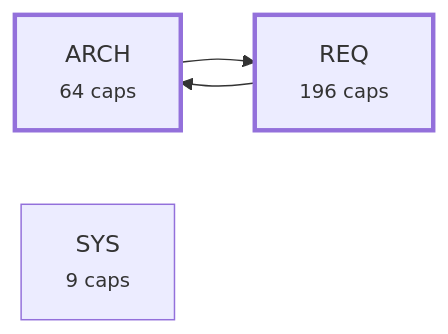
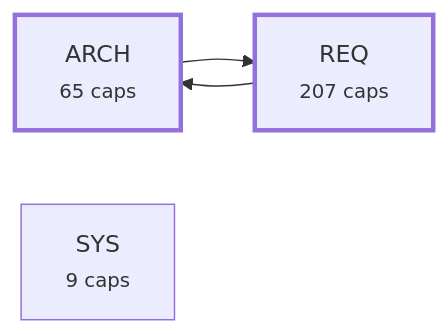
Before and after one commit to alxmax/Requirement-manager: the third of 4 diagrams in plugin/requirements/_map.md, drawn with Mermaid. The commit also changed other lines of this file and 40 other files, not shown here.

````diff
--- a/plugin/requirements/_map.md
+++ b/plugin/requirements/_map.md
@@ -992,10 +1012,10 @@
 ```mermaid
 graph LR
-  a_ARCH["ARCH<br><small>64 caps</small>"]
-  a_REQ["REQ<br><small>196 caps</small>"]
+  a_ARCH["ARCH<br><small>65 caps</small>"]
+  a_REQ["REQ<br><small>207 caps</small>"]
   a_SYS["SYS<br><small>9 caps</small>"]
   a_ARCH --> a_REQ
   a_REQ --> a_ARCH
   style a_ARCH stroke-width:3px
   style a_REQ stroke-width:3px
 ```
````
